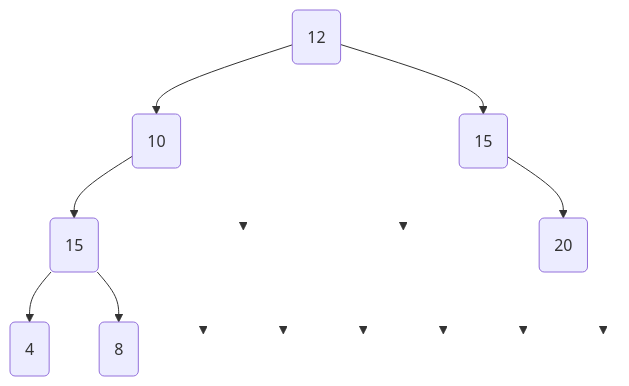
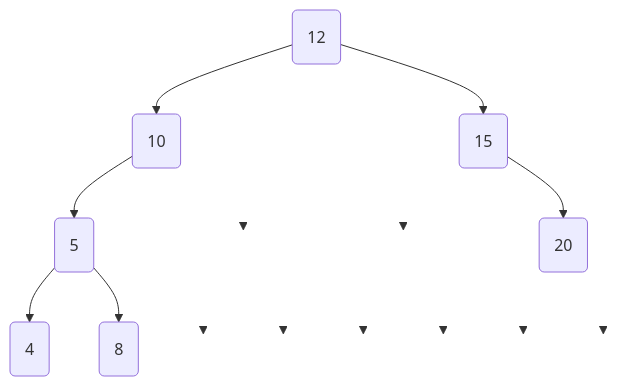
Before and after one commit to nsimeyroneinc/NSITerm2024: the sixth of 13 diagrams in docs/StructureDonnees/T3_4_arbre_recherche_BAC.md, drawn with Mermaid. The commit also changed other lines of this file and 1309 other files, not shown here.

````diff
--- a/docs/StructureDonnees/T3_4_arbre_recherche_BAC.md
+++ b/docs/StructureDonnees/T3_4_arbre_recherche_BAC.md
@@ -451,35 +450,35 @@
 ```mermaid
 graph TD
     A(12) --> B(10) 
-    B --> D(15)
+    B --> D(5)
     B --> E(" ")
     A --> C(15)
     C --> F(" ")
     C --> G(20)
     D --> H(4)
     D --> D1(8)
     E --> E1(" ")
     E --> E2(" ")
     F --> F1(" ")
     F --> M(" ")
     G --> G1(" ")
     G --> G2(" ")
     linkStyle 2 stroke-width:0px;
     style E opacity:0;
     linkStyle 4 stroke-width:0px;
     style F opacity:0;
     linkStyle 2 stroke-width:0px;
     style E opacity:0;
     linkStyle 8 stroke-width:0px;
     style E1 opacity:0;
     linkStyle 9 stroke-width:0px;
     style E2 opacity:0;
     linkStyle 10 stroke-width:0px;
     style M opacity:0;
     linkStyle 11 stroke-width:0px;
     style F1 opacity:0;
     linkStyle 12 stroke-width:0px;
     style G1 opacity:0;
     linkStyle 13 stroke-width:0px;
     style G2 opacity:0;
 ```
````
